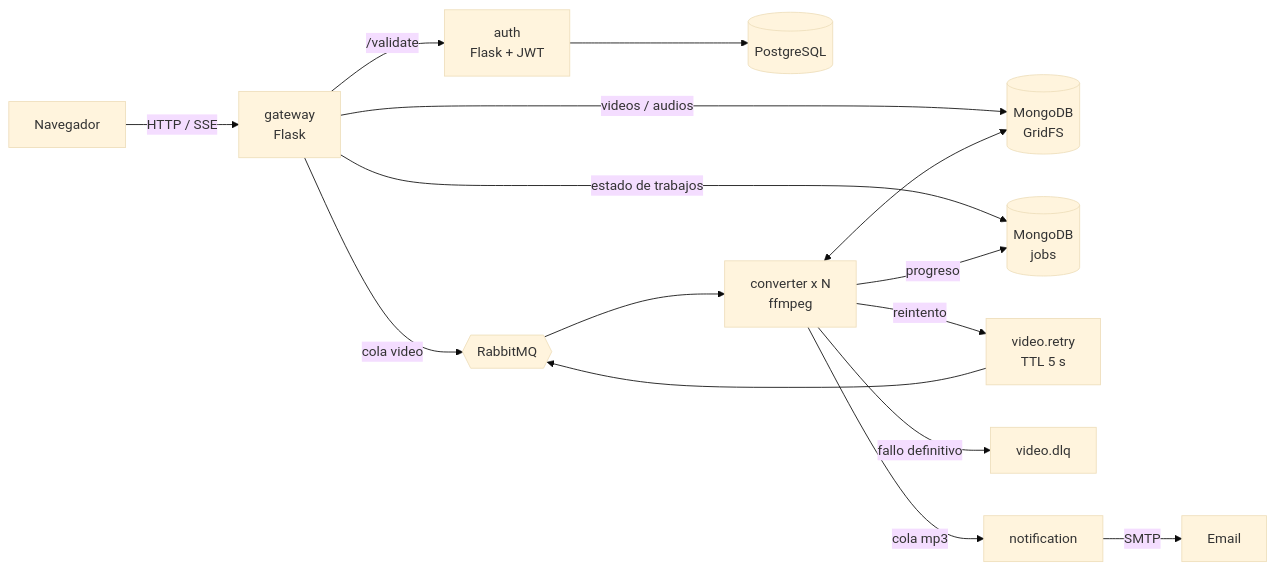
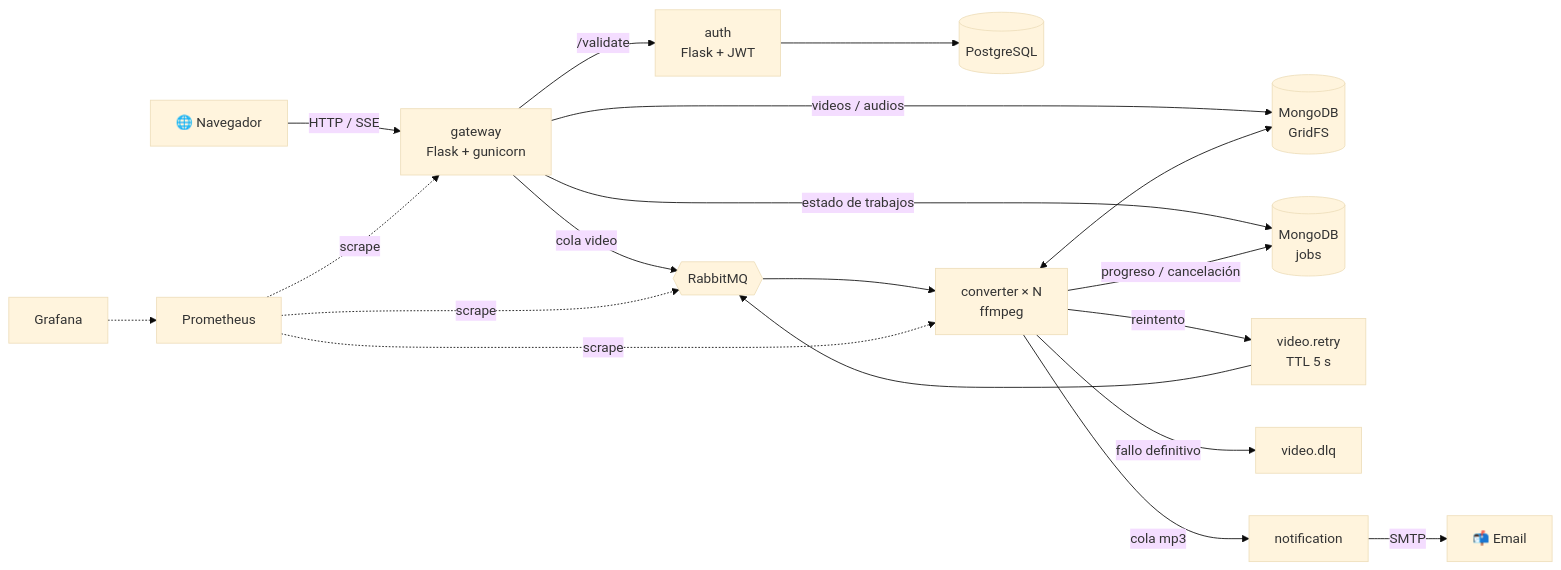
One commit to zemogc/Convertidormp3_python changed the first of 3 diagrams in README.md. Above: the diagram before and after it, drawn with Mermaid (base theme). The commit also changed other lines of this file and 4 other files, not shown here.

First line of the commit message:
docs: README completo con galeria, diagramas y decisiones tecnicas

````diff
--- a/README.md
+++ b/README.md
@@ -23,16 +121,18 @@
 ```mermaid
 flowchart LR
-    UI[Navegador] -- HTTP / SSE --> GW[gateway<br/>Flask]
+    UI[🌐 Navegador] -- HTTP / SSE --> GW[gateway<br/>Flask + gunicorn]
     GW -- /validate --> AUTH[auth<br/>Flask + JWT]
     AUTH --> PG[(PostgreSQL)]
     GW -- videos / audios --> GFS[(MongoDB<br/>GridFS)]
     GW -- estado de trabajos --> JOBS[(MongoDB<br/>jobs)]
     GW -- cola video --> MQ{{RabbitMQ}}
-    MQ --> CV[converter x N<br/>ffmpeg]
+    MQ --> CV[converter × N<br/>ffmpeg]
     CV <--> GFS
-    CV -- progreso --> JOBS
+    CV -- progreso / cancelación --> JOBS
     CV -- reintento --> RETRY[video.retry<br/>TTL 5 s] --> MQ
     CV -- fallo definitivo --> DLQ[video.dlq]
     CV -- cola mp3 --> NT[notification]
-    NT -- SMTP --> MAIL[Email]
+    NT -- SMTP --> MAIL[📬 Email]
+    PROM[Prometheus] -. scrape .-> GW & CV & MQ
+    GRAF[Grafana] -.-> PROM
 ```
````
